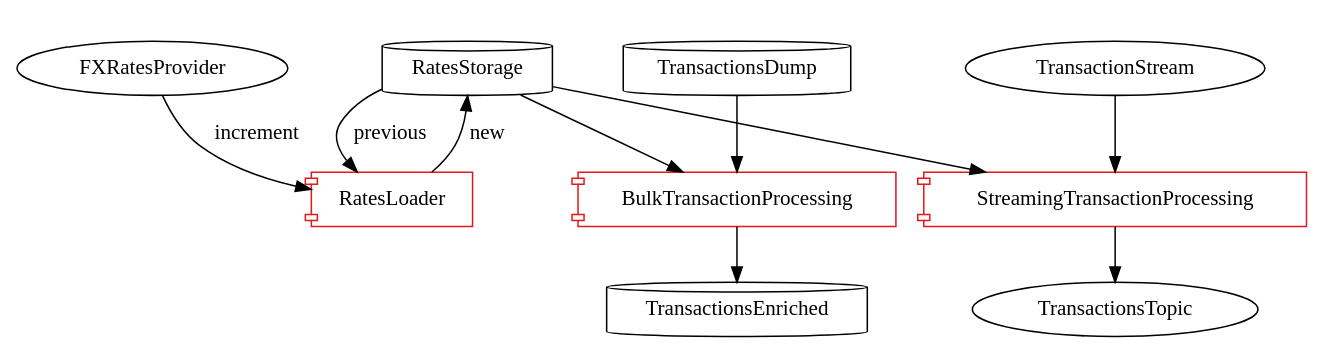
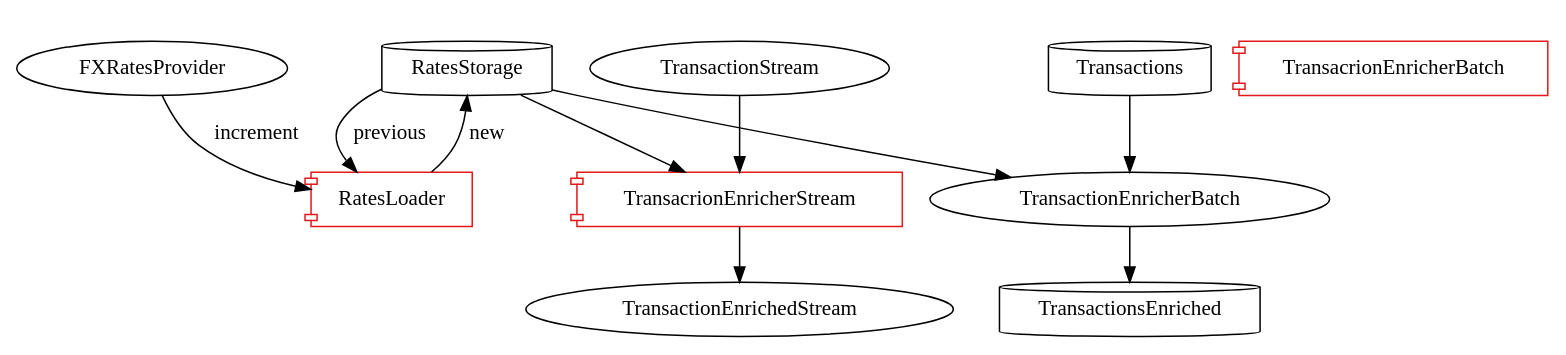
Before and after one commit to velppa/spark-currency-conversion: the diagram in README.org, drawn with Graphviz. The commit also changed other lines of this file and 5 other files, not shown here.

Commit message:
Add stream processing

```diff
--- a/README.org
+++ b/README.org
@@ -26,32 +26,34 @@
 #+begin_src dot :file assets/flow.svg :exports results
 
 digraph CurrencyConversion {
 node[colorscheme=paired8]
 
 subgraph cluster_Rates{
   style=invis
   RatesStorage [shape=cylinder]
   RatesLoader [shape=component; color=6]
 }
 
 {
-  TransactionsDump [shape=cylinder]
+  Transactions [shape=cylinder]
   TransactionsEnriched [shape=cylinder]
-  BulkTransactionProcessing [shape=component; color=6]
-  StreamingTransactionProcessing [shape=component; color=6]
+  TransactionsTopic [label="TransactionEnrichedStream"]
+
+  TransacrionEnricherBatch [shape=component; color=6]
+  TransacrionEnricherStream [shape=component; color=6]
 }
 
 RatesStorage -> RatesLoader [label="previous   "]
 FXRatesProvider -> RatesLoader [label="increment   "]
 RatesLoader -> RatesStorage [label="new   "]
 
-TransactionsDump -> BulkTransactionProcessing
-RatesStorage -> BulkTransactionProcessing
-BulkTransactionProcessing -> TransactionsEnriched
+Transactions -> TransactionEnricherBatch
+RatesStorage -> TransactionEnricherBatch
+TransactionEnricherBatch -> TransactionsEnriched
 
-TransactionStream -> StreamingTransactionProcessing
-RatesStorage -> StreamingTransactionProcessing
-StreamingTransactionProcessing -> TransactionsTopic
+TransactionStream -> TransacrionEnricherStream
+RatesStorage -> TransacrionEnricherStream
+TransacrionEnricherStream -> TransactionsTopic
 }
 
 #+end_src
```
